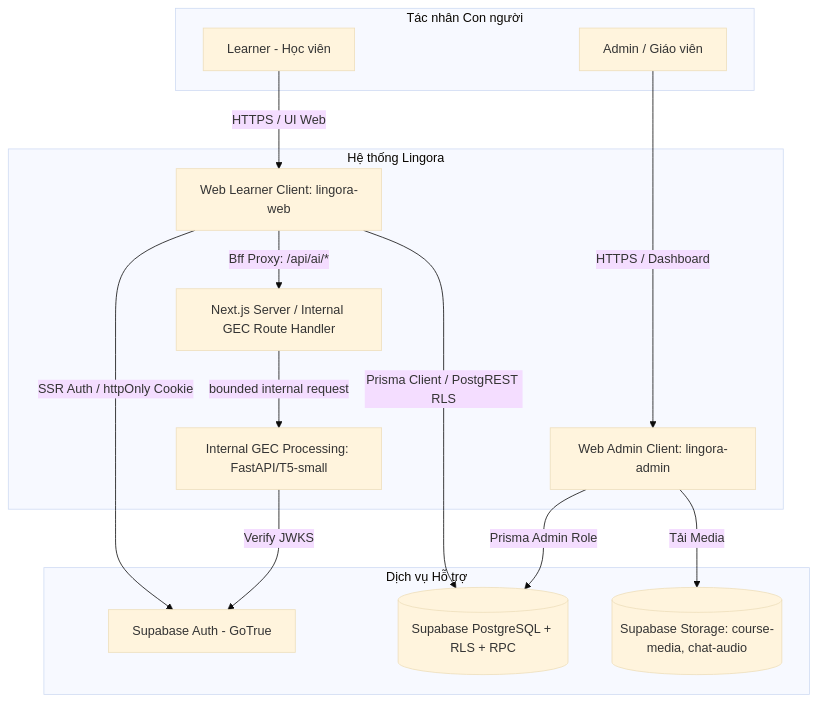
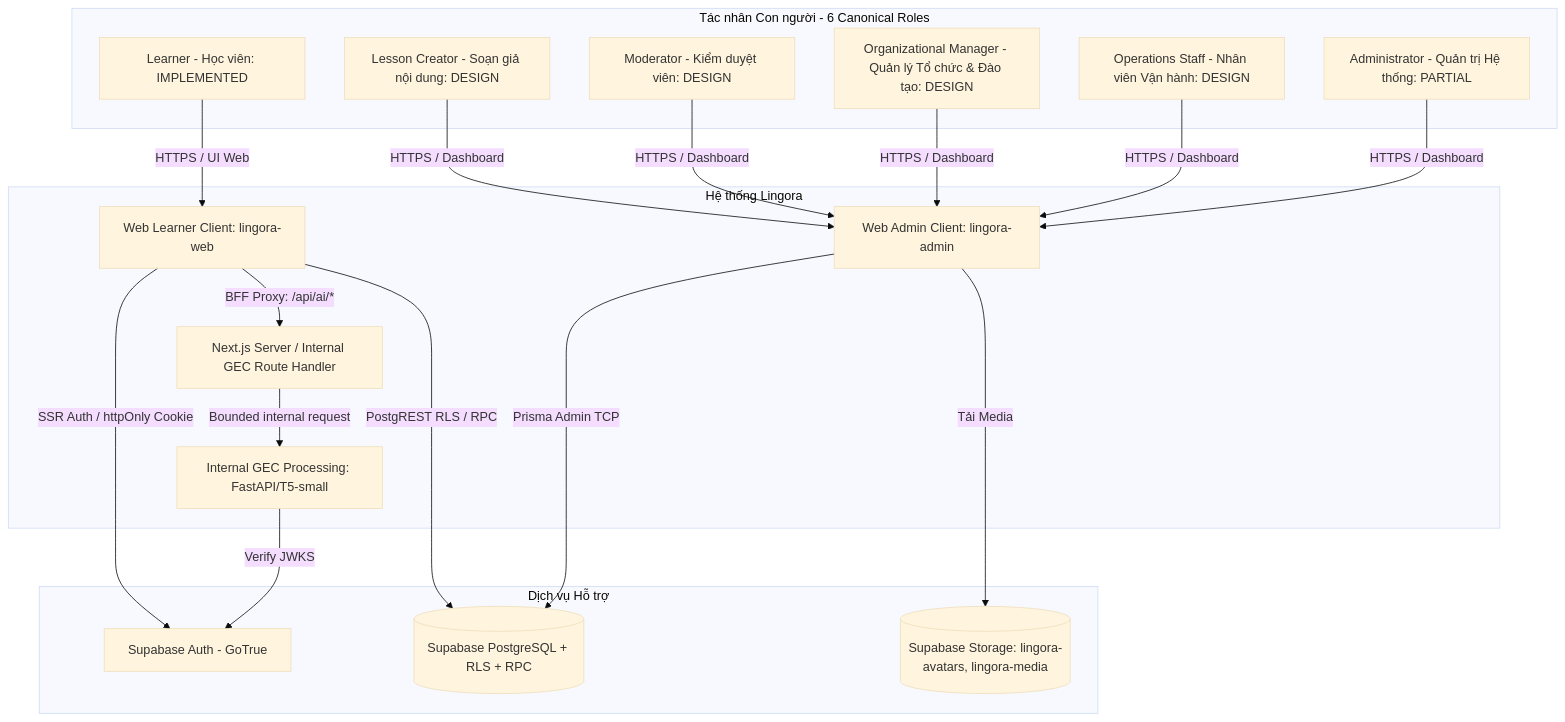
One commit to PhamNguyenThanhTung/lingora-workspace changed the first of 16 diagrams in docs/06-system-analysis.md. Above: the diagram before and after it, drawn with Mermaid (base theme). The commit also changed other lines of this file and 595 other files, not shown here.

````diff
--- a/docs/06-system-analysis.md
+++ b/docs/06-system-analysis.md
@@ -36,30 +39,34 @@
 ```mermaid
 flowchart TD
-    subgraph HumanActors[Tác nhân Con người]
-        L[Learner - Học viên]
-        A[Admin / Giáo viên]
+    subgraph HumanActors[Tác nhân Con người - 6 Canonical Roles]
+        L[Learner - Học viên: IMPLEMENTED]
+        LC[Lesson Creator - Soạn giả nội dung: DESIGN]
+        MOD[Moderator - Kiểm duyệt viên: DESIGN]
+        ORG[Organizational Manager - Quản lý Tổ chức & Đào tạo: DESIGN]
+        OPS[Operations Staff - Nhân viên Vận hành: DESIGN]
+        ADM[Administrator - Quản trị Hệ thống: PARTIAL]
     end
 
     subgraph LingoraSystem[Hệ thống Lingora]
         WebClient[Web Learner Client: lingora-web]
         AdminClient[Web Admin Client: lingora-admin]
         RouteHandler[Next.js Server / Internal GEC Route Handler]
         FastAPIService[Internal GEC Processing: FastAPI/T5-small]
     end
 
     subgraph SupportingServices[Dịch vụ Hỗ trợ]
         SupaAuth[Supabase Auth - GoTrue]
         SupaDB[(Supabase PostgreSQL + RLS + RPC)]
-        SupaStorage[(Supabase Storage: course-media, chat-audio)]
+        SupaStorage[(Supabase Storage: lingora-avatars, lingora-media)]
     end
 
     L -->|HTTPS / UI Web| WebClient
-    A -->|HTTPS / Dashboard| AdminClient
+    LC & MOD & ORG & OPS & ADM -->|HTTPS / Dashboard| AdminClient
     WebClient -->|SSR Auth / httpOnly Cookie| SupaAuth
-    WebClient -->|Prisma Client / PostgREST RLS| SupaDB
-    WebClient -->|Bff Proxy: /api/ai/*| RouteHandler
-    RouteHandler -->|bounded internal request| FastAPIService
-    AdminClient -->|Prisma Admin Role| SupaDB
+    WebClient -->|PostgREST RLS / RPC| SupaDB
+    WebClient -->|BFF Proxy: /api/ai/*| RouteHandler
+    RouteHandler -->|Bounded internal request| FastAPIService
+    AdminClient -->|Prisma Admin TCP| SupaDB
     AdminClient -->|Tải Media| SupaStorage
     FastAPIService -->|Verify JWKS| SupaAuth
 ```
````
